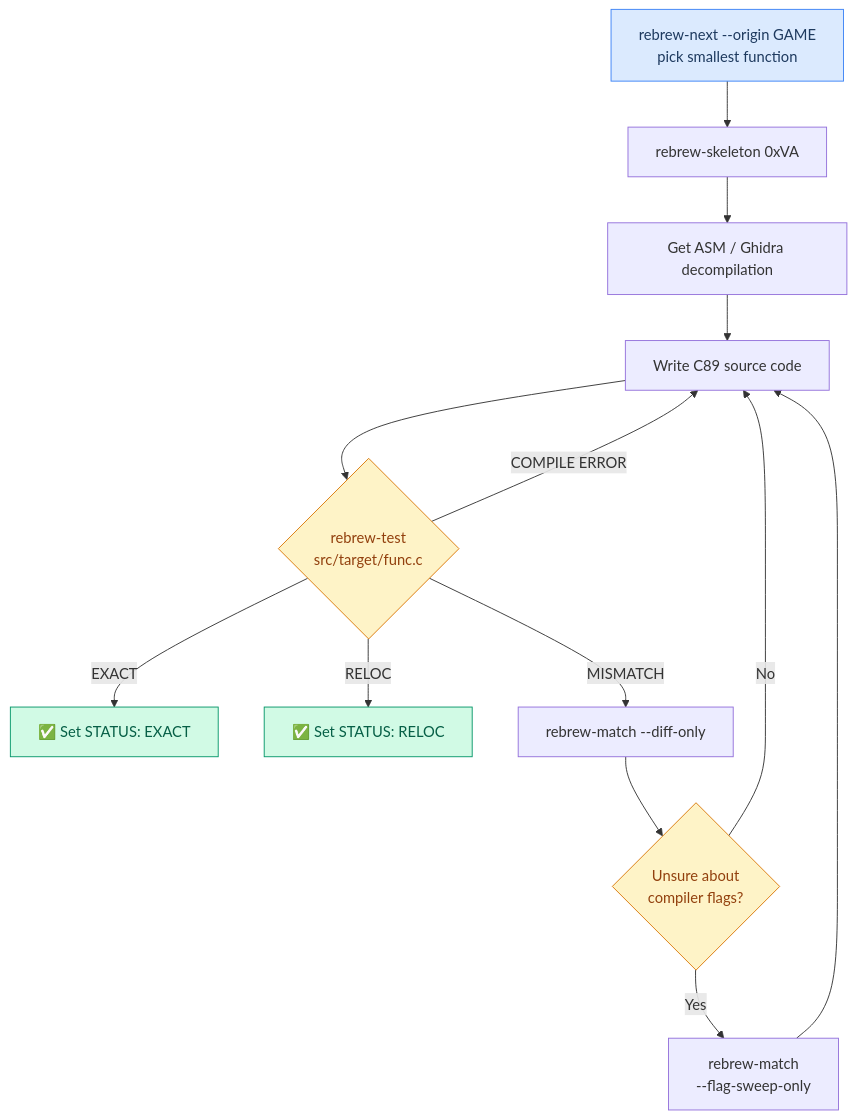
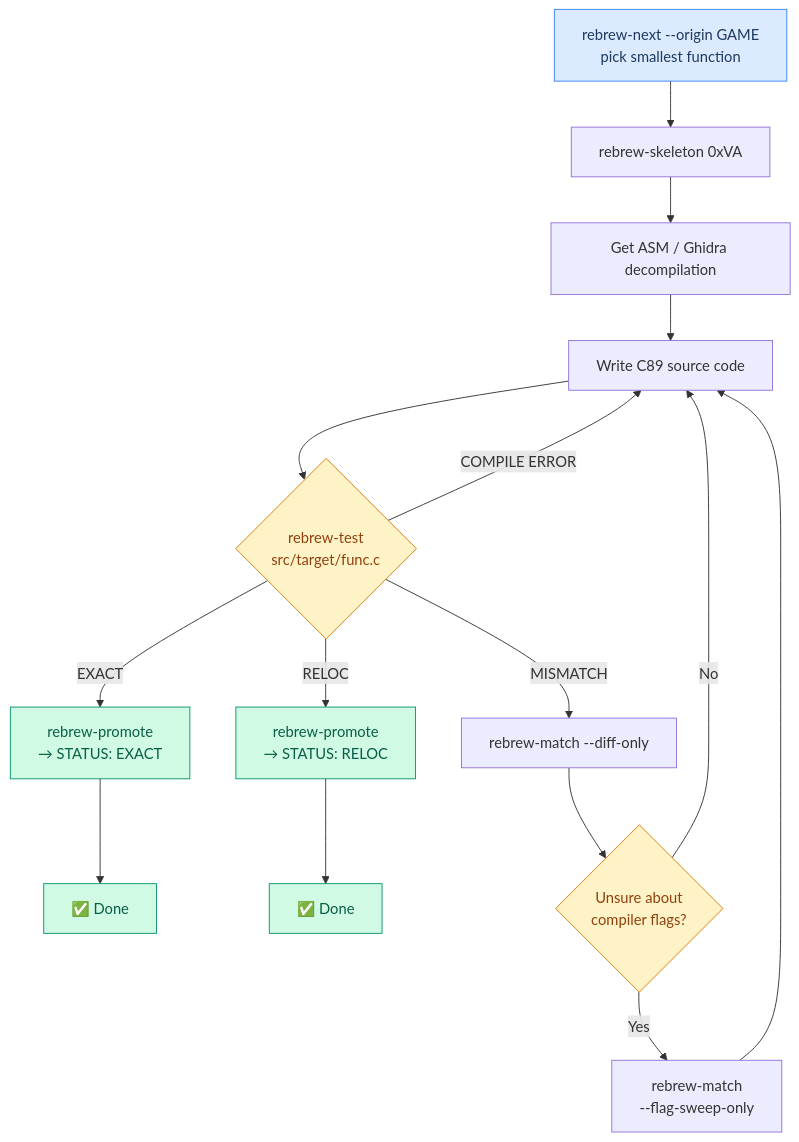
Before and after one commit to maci0/rebrew: the fourth of 16 diagrams in docs/USER_STORIES.md, drawn with Mermaid. The commit also changed other lines of this file and 10 other files, not shown here.

````diff
--- a/docs/USER_STORIES.md
+++ b/docs/USER_STORIES.md
@@ -109,21 +117,25 @@
 ```mermaid
 graph TD
     Pick["rebrew-next --origin GAME<br/>pick smallest function"] --> Skel["rebrew-skeleton 0xVA"]
     Skel --> Decompile["Get ASM / Ghidra decompilation"]
     Decompile --> Write["Write C89 source code"]
     Write --> Test{"rebrew-test<br/>src/target/func.c"}
-    Test -->|EXACT| Done["✅ Set STATUS: EXACT"]
-    Test -->|RELOC| DoneR["✅ Set STATUS: RELOC"]
+    Test -->|EXACT| Promote["rebrew-promote<br/>→ STATUS: EXACT"]
+    Promote --> Done["✅ Done"]
+    Test -->|RELOC| PromoteR["rebrew-promote<br/>→ STATUS: RELOC"]
+    PromoteR --> DoneR["✅ Done"]
     Test -->|MISMATCH| Diff["rebrew-match --diff-only"]
     Test -->|COMPILE ERROR| Write
     Diff --> Flags{"Unsure about<br/>compiler flags?"}
     Flags -->|Yes| Sweep["rebrew-match<br/>--flag-sweep-only"]
     Sweep --> Write
     Flags -->|No| Write
 
     style Pick fill:#dbeafe,stroke:#3b82f6,color:#1e3a5f
+    style Promote fill:#d1fae5,stroke:#059669,color:#065f46
+    style PromoteR fill:#d1fae5,stroke:#059669,color:#065f46
     style Done fill:#d1fae5,stroke:#059669,color:#065f46
     style DoneR fill:#d1fae5,stroke:#059669,color:#065f46
     style Test fill:#fef3c7,stroke:#d97706,color:#92400e
     style Flags fill:#fef3c7,stroke:#d97706,color:#92400e
 ```
````
